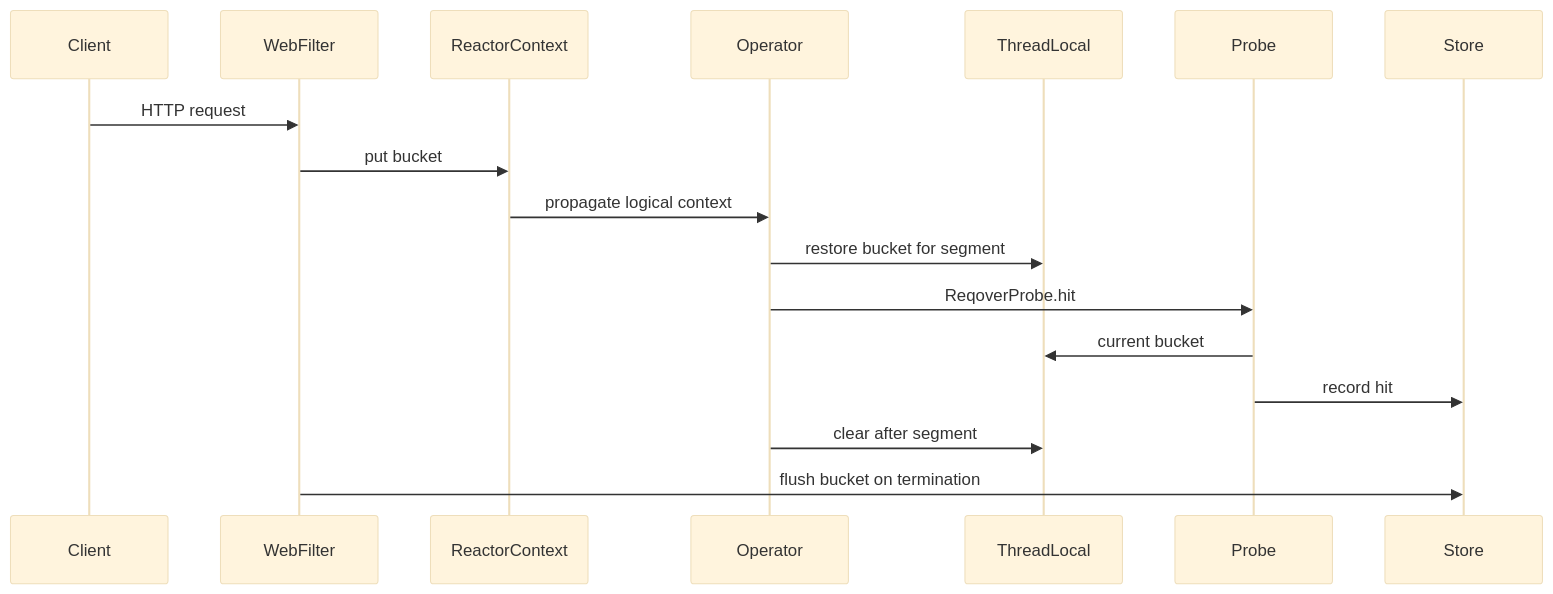
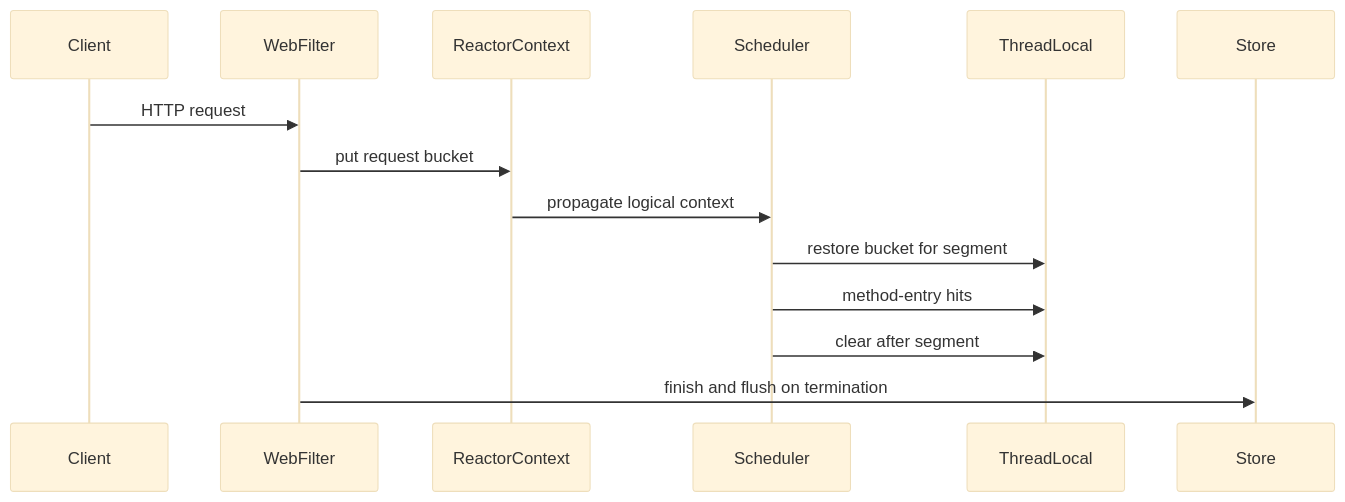
One commit to reqover-labs/reqover changed the third of 3 diagrams in docs/02_architecture.md. Above: the diagram before and after it, drawn with Mermaid (base theme). The commit also changed other lines of this file and 59 other files, not shown here.

````diff
--- a/docs/02_architecture.md
+++ b/docs/02_architecture.md
@@ -172,20 +105,17 @@
 ```mermaid
 sequenceDiagram
   participant Client
   participant WebFilter
   participant ReactorContext
-  participant Operator
+  participant Scheduler
   participant ThreadLocal
-  participant Probe
   participant Store
 
   Client->>WebFilter: HTTP request
-  WebFilter->>ReactorContext: put bucket
-  ReactorContext->>Operator: propagate logical context
-  Operator->>ThreadLocal: restore bucket for segment
-  Operator->>Probe: ReqoverProbe.hit
-  Probe->>ThreadLocal: current bucket
-  Probe->>Store: record hit
-  Operator->>ThreadLocal: clear after segment
-  WebFilter->>Store: flush bucket on termination
+  WebFilter->>ReactorContext: put request bucket
+  ReactorContext->>Scheduler: propagate logical context
+  Scheduler->>ThreadLocal: restore bucket for segment
+  Scheduler->>ThreadLocal: method-entry hits
+  Scheduler->>ThreadLocal: clear after segment
+  WebFilter->>Store: finish and flush on termination
 ```
````
